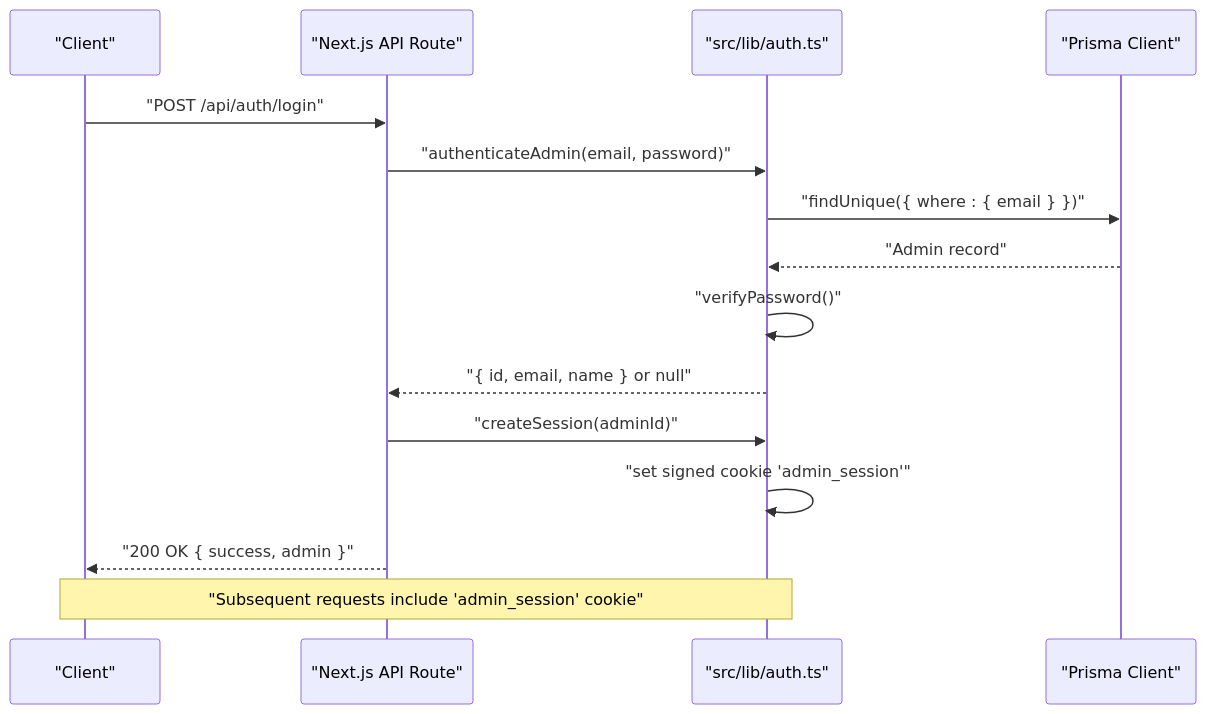
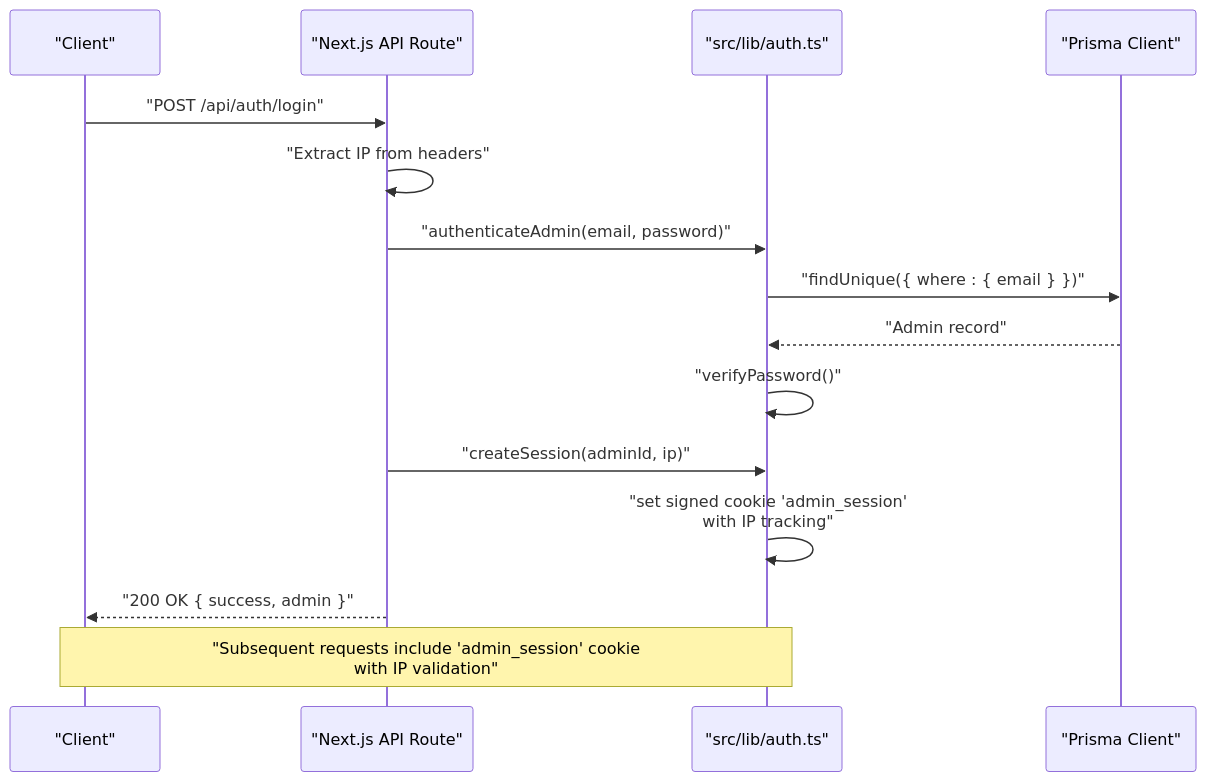
Before and after one commit to xLegarda/GreenAxis: the second of 9 diagrams in .qoder/repowiki/en/content/API Reference/Authentication API.md, drawn with Mermaid. The commit also changed other lines of this file and 42 other files, not shown here.

````diff
--- a/.qoder/repowiki/en/content/API Reference/Authentication API.md
+++ b/.qoder/repowiki/en/content/API Reference/Authentication API.md
@@ -112,17 +125,17 @@
 ```mermaid
 sequenceDiagram
 participant Client as "Client"
 participant API as "Next.js API Route"
 participant Auth as "src/lib/auth.ts"
 participant DB as "Prisma Client"
 Client->>API : "POST /api/auth/login"
+API->>API : "Extract IP from headers"
 API->>Auth : "authenticateAdmin(email, password)"
 Auth->>DB : "findUnique({ where : { email } })"
 DB-->>Auth : "Admin record"
 Auth->>Auth : "verifyPassword()"
-Auth-->>API : "{ id, email, name } or null"
-API->>Auth : "createSession(adminId)"
-Auth->>Auth : "set signed cookie 'admin_session'"
+API->>Auth : "createSession(adminId, ip)"
+Auth->>Auth : "set signed cookie 'admin_session'<br/>with IP tracking"
 API-->>Client : "200 OK { success, admin }"
-Note over Client,Auth : "Subsequent requests include 'admin_session' cookie"
+Note over Client,Auth : "Subsequent requests include 'admin_session' cookie<br/>with IP validation"
 ```
````
